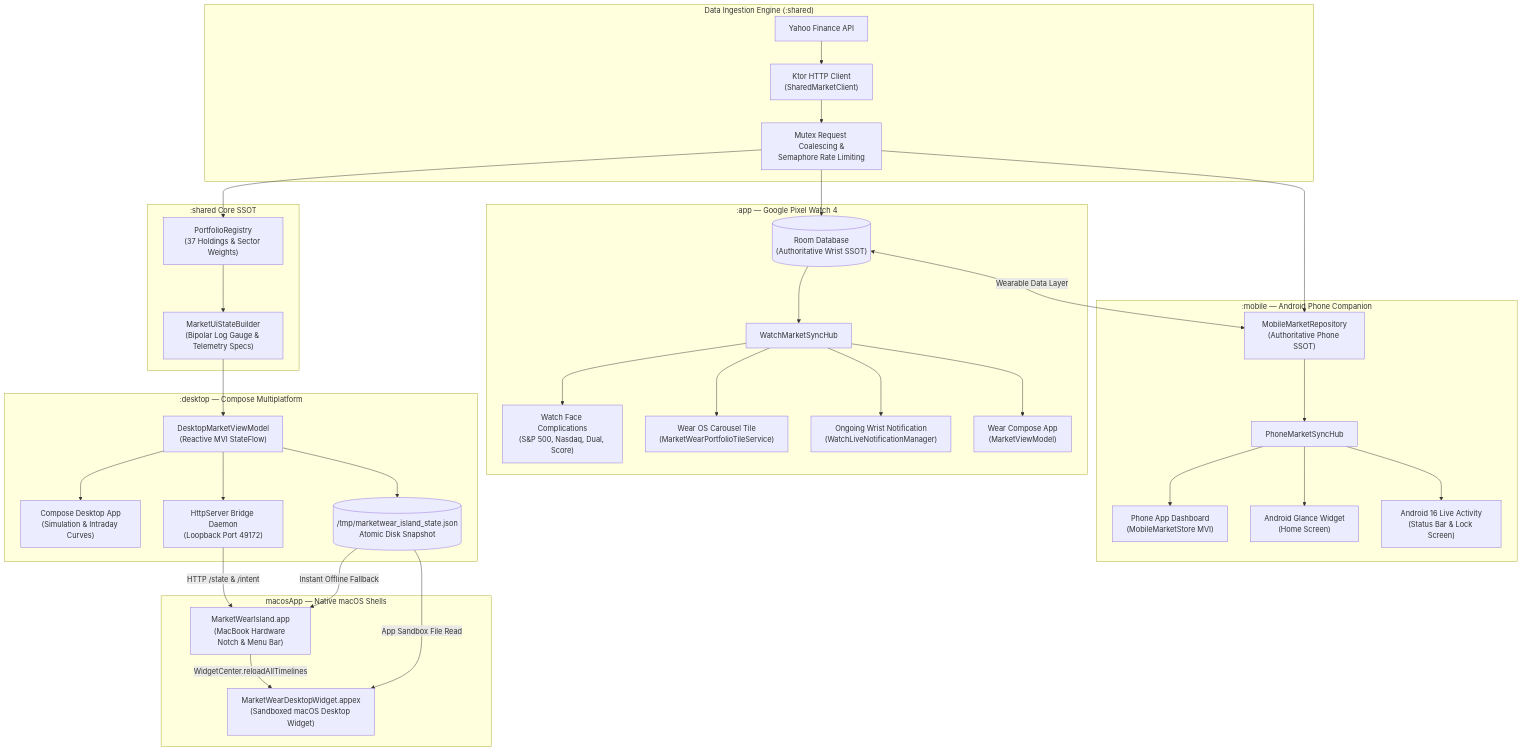
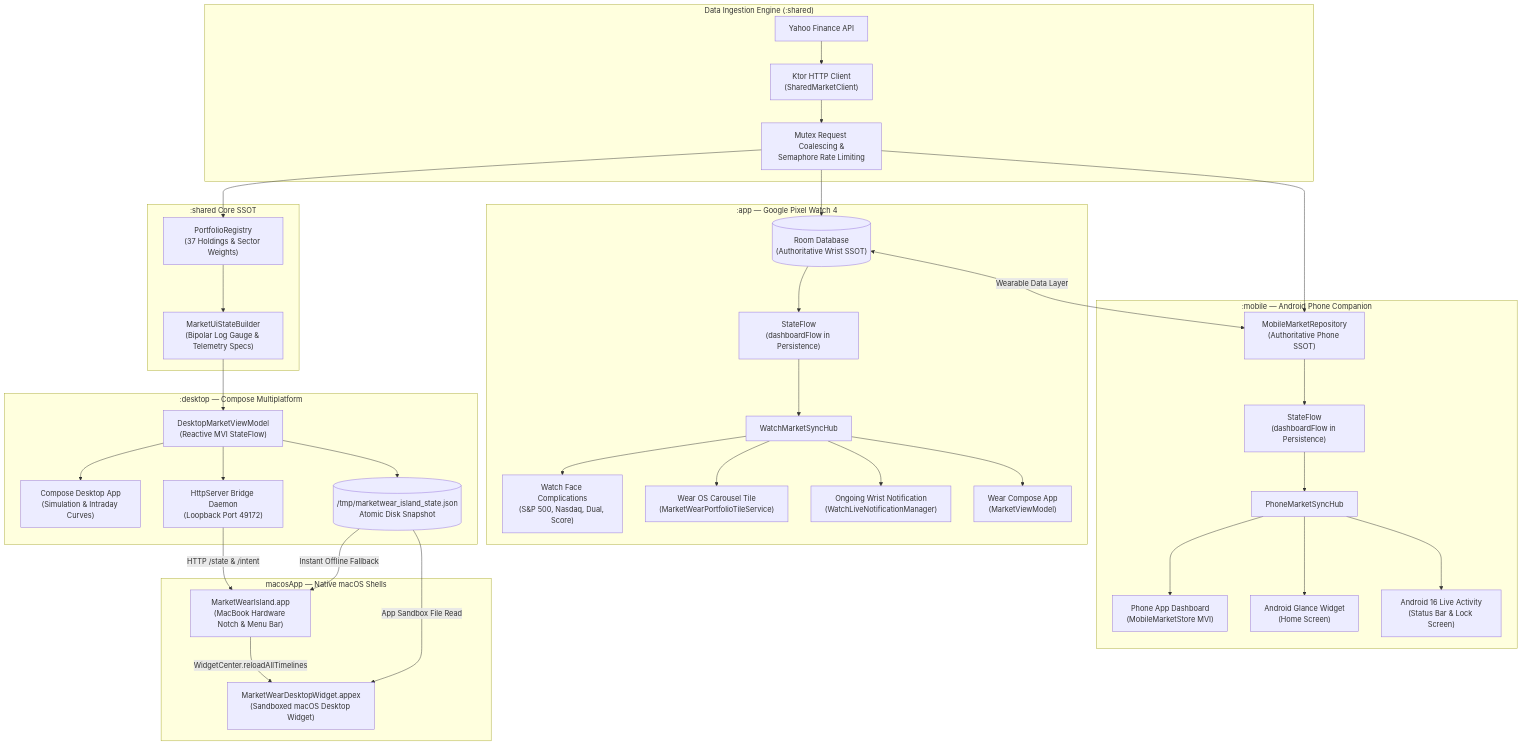
The diagram in android-wear-app/README.md (mohitb117/MarketWearWatch), drawn with Mermaid before and after one commit. The commit also changed 14 other files, not shown here.

Commit message:
feat(sync): unify data update architecture with persistence dashboardFlow and update showcase website

````diff
--- a/android-wear-app/README.md
+++ b/android-wear-app/README.md
@@ -11,69 +11,73 @@
 ```mermaid
 flowchart TD
     subgraph Ingest ["Data Ingestion Engine (:shared)"]
         Yahoo["Yahoo Finance API"]
         Ktor["Ktor HTTP Client\n(SharedMarketClient)"]
         Coalesce["Mutex Request Coalescing &\nSemaphore Rate Limiting"]
         Yahoo --> Ktor --> Coalesce
     end
 
     subgraph CoreEngine [":shared Core SSOT"]
         Registry["PortfolioRegistry\n(37 Holdings & Sector Weights)"]
         Builder["MarketUiStateBuilder\n(Bipolar Log Gauge & Telemetry Specs)"]
         Coalesce --> Registry --> Builder
     end
 
     subgraph WearOS [":app — Google Pixel Watch 4"]
         RoomDB[("Room Database\n(Authoritative Wrist SSOT)")]
+        WatchDashFlow["StateFlow<MarketDashboardState>\n(dashboardFlow in Persistence)"]
         WatchHub["WatchMarketSyncHub"]
         Complications["Watch Face Complications\n(S&P 500, Nasdaq, Dual, Score)"]
         CarouselTile["Wear OS Carousel Tile\n(MarketWearPortfolioTileService)"]
         WristNotif["Ongoing Wrist Notification\n(WatchLiveNotificationManager)"]
         WearCompose["Wear Compose App\n(MarketViewModel)"]
 
-        RoomDB --> WatchHub
+        RoomDB --> WatchDashFlow
+        WatchDashFlow --> WatchHub
         WatchHub --> Complications
         WatchHub --> CarouselTile
         WatchHub --> WristNotif
         WatchHub --> WearCompose
     end
 
     subgraph MobileDevice [":mobile — Android Phone Companion"]
         PhoneRepo["MobileMarketRepository\n(Authoritative Phone SSOT)"]
+        PhoneDashFlow["StateFlow<MarketDashboardState>\n(dashboardFlow in Persistence)"]
         PhoneHub["PhoneMarketSyncHub"]
         PhoneUI["Phone App Dashboard\n(MobileMarketStore MVI)"]
         GlanceWidget["Android Glance Widget\n(Home Screen)"]
         LiveActivity["Android 16 Live Activity\n(Status Bar & Lock Screen)"]
 
-        PhoneRepo --> PhoneHub
+        PhoneRepo --> PhoneDashFlow
+        PhoneDashFlow --> PhoneHub
         PhoneHub --> PhoneUI
         PhoneHub --> GlanceWidget
         PhoneHub --> LiveActivity
     end
 
     subgraph DesktopCompose [":desktop — Compose Multiplatform"]
         DesktopVM["DesktopMarketViewModel\n(Reactive MVI StateFlow)"]
         DesktopUI["Compose Desktop App\n(Simulation & Intraday Curves)"]
         BridgeServer["HttpServer Bridge Daemon\n(Loopback Port 49172)"]
         AtomicFile[("/tmp/marketwear_island_state.json\nAtomic Disk Snapshot")]
 
         Builder --> DesktopVM
         DesktopVM --> DesktopUI
         DesktopVM --> BridgeServer
         DesktopVM --> AtomicFile
     end
 
     subgraph MacOSNative ["macosApp — Native macOS Shells"]
         NotchApp["MarketWearIsland.app\n(MacBook Hardware Notch & Menu Bar)"]
         WidgetKit["MarketWearDesktopWidget.appex\n(Sandboxed macOS Desktop Widget)"]
 
         BridgeServer -->|HTTP /state & /intent| NotchApp
         AtomicFile -->|Instant Offline Fallback| NotchApp
         AtomicFile -->|App Sandbox File Read| WidgetKit
         NotchApp -->|WidgetCenter.reloadAllTimelines| WidgetKit
     end
 
     Coalesce --> RoomDB
     Coalesce --> PhoneRepo
     RoomDB <-->|Wearable Data Layer| PhoneRepo
 ```
````
